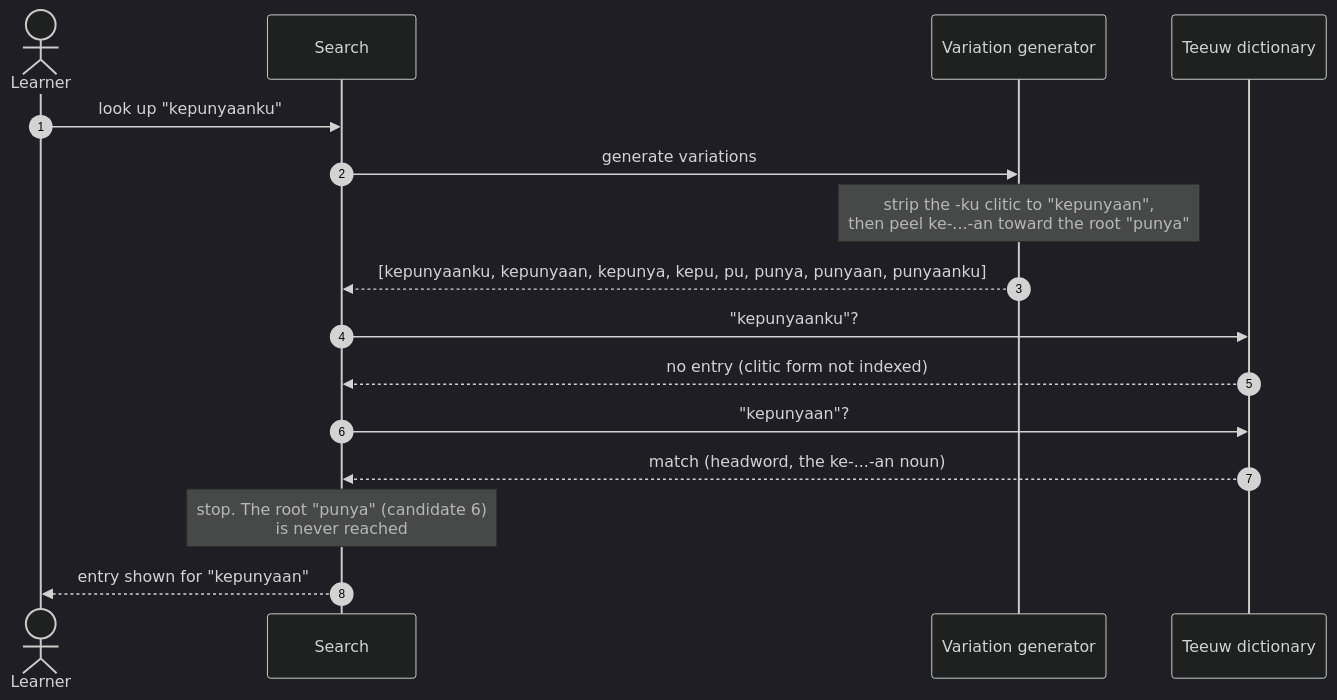
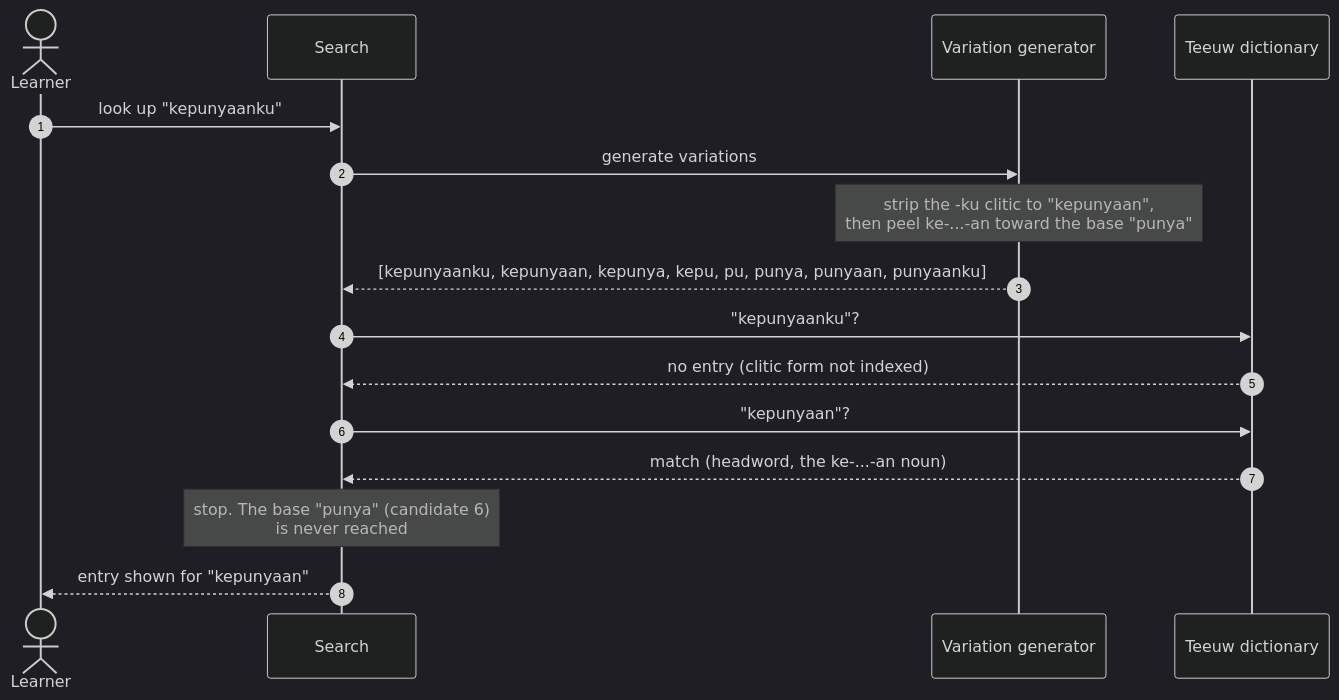
Before and after one commit to remarcmij/taalwiz-mono: the second of 4 diagrams in apps/docs/docs/guide/how-search-works.md, drawn with Mermaid (dark theme). The commit also changed other lines of this file, not shown here.

First line of the commit message:
docs: align search-flow guide terminology to Sneddon

````diff
--- a/apps/docs/docs/guide/how-search-works.md
+++ b/apps/docs/docs/guide/how-search-works.md
@@ -125,19 +137,19 @@
 ```mermaid
 sequenceDiagram
     autonumber
     actor U as Learner
     participant S as Search
     participant G as Variation generator
     participant D as Teeuw dictionary
 
     U->>S: look up "kepunyaanku"
     S->>G: generate variations
-    Note over G: strip the -ku clitic to "kepunyaan",<br/>then peel ke-...-an toward the root "punya"
+    Note over G: strip the -ku clitic to "kepunyaan",<br/>then peel ke-...-an toward the base "punya"
     G-->>S: [kepunyaanku, kepunyaan, kepunya, kepu, pu, punya, punyaan, punyaanku]
     S->>D: "kepunyaanku"?
     D-->>S: no entry (clitic form not indexed)
     S->>D: "kepunyaan"?
     D-->>S: match (headword, the ke-...-an noun)
-    Note over S: stop. The root "punya" (candidate 6)<br/>is never reached
+    Note over S: stop. The base "punya" (candidate 6)<br/>is never reached
     S-->>U: entry shown for "kepunyaan"
 ```
````
